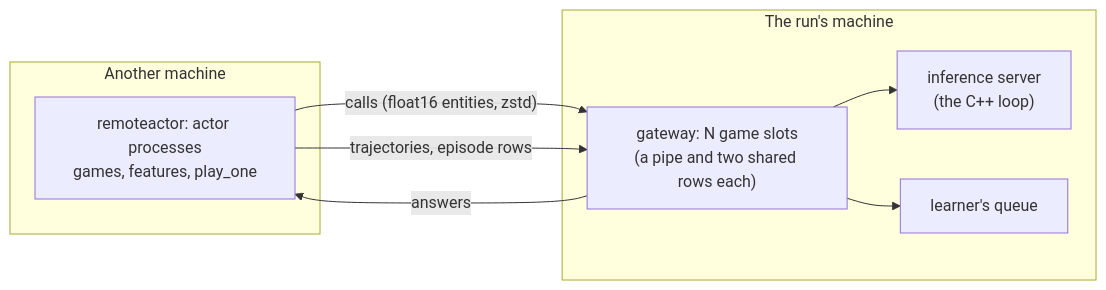
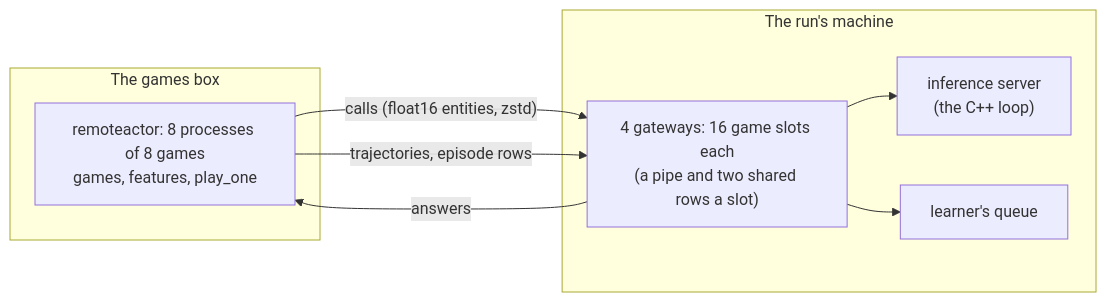
One commit to RobinKa/warcraftsim changed the fourth of 5 diagrams in docs/architecture.md. Above: the diagram before and after it, drawn with Mermaid. The commit also changed other lines of this file and 6 other files, not shown here.

First line of the commit message:
Docs: optimizations, architecture and model brought up to date; the speed limit corrected

````diff
--- a/docs/architecture.md
+++ b/docs/architecture.md
@@ -82,16 +92,16 @@
 ```mermaid
 flowchart LR
-  subgraph BOX["Another machine"]
-    A["remoteactor: actor processes<br/>games, features, play_one"]
+  subgraph BOX["The games box"]
+    A["remoteactor: 8 processes of 8 games<br/>games, features, play_one"]
   end
   subgraph MAIN["The run's machine"]
-    G["gateway: N game slots<br/>(a pipe and two shared rows each)"]
+    G["4 gateways: 16 game slots each<br/>(a pipe and two shared rows a slot)"]
     I["inference server<br/>(the C++ loop)"]
     Q["learner's queue"]
   end
   A -- "calls (float16 entities, zstd)" --> G
   G -- "answers" --> A
   G --> I
   A -- "trajectories, episode rows" --> G
   G --> Q
 ```
````
